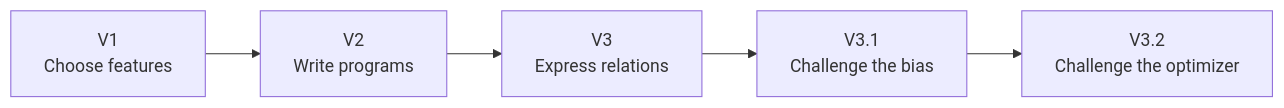
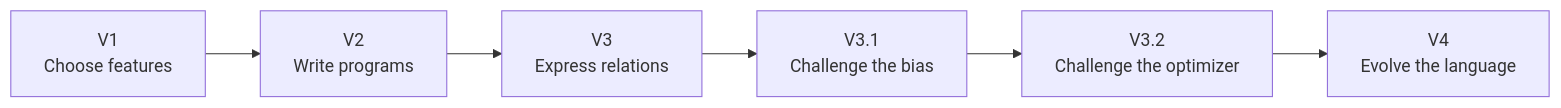
Before and after one commit to damminhtien/llmao: the first of 3 diagrams in README.md, drawn with Mermaid. The commit also changed other lines of this file and 16 other files, not shown here.

````diff
--- a/README.md
+++ b/README.md
@@ -107,7 +107,8 @@
 ```mermaid
 flowchart LR
     V1["V1<br/>Choose features"] --> V2["V2<br/>Write programs"]
     V2 --> V3["V3<br/>Express relations"]
     V3 --> V31["V3.1<br/>Challenge the bias"]
     V31 --> V32["V3.2<br/>Challenge the optimizer"]
+    V32 --> V4["V4<br/>Evolve the language"]
 ```
````
